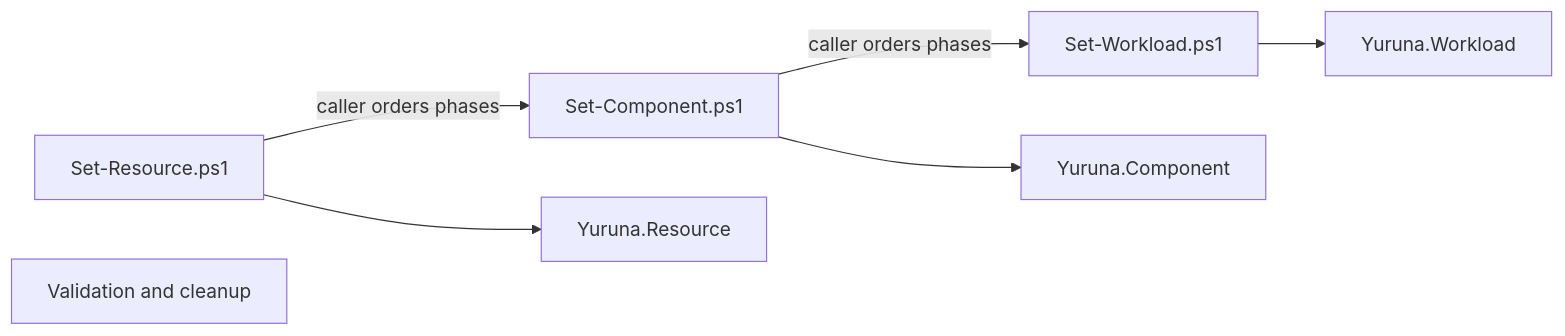
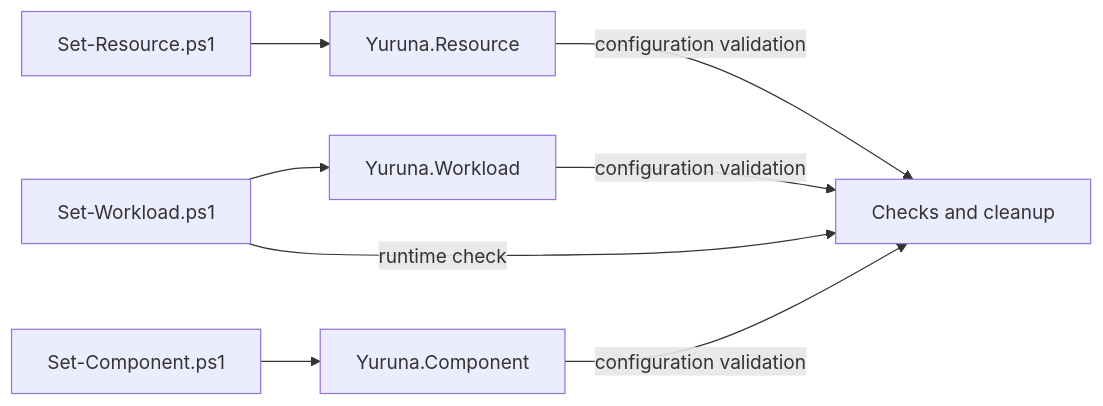
Before and after one commit to alissonsol/yuruna: the second of 7 diagrams in docs/design/02-component-breakdown.md, drawn with Mermaid. The commit also changed other lines of this file and 1371 other files, not shown here.

````diff
--- a/docs/design/02-component-breakdown.md
+++ b/docs/design/02-component-breakdown.md
@@ -49,15 +54,17 @@
 ```mermaid
 flowchart LR
     set-resource-ps1["Set-Resource.ps1"]
     set-component-ps1["Set-Component.ps1"]
     set-workload-ps1["Set-Workload.ps1"]
     yuruna-resource-psm1["Yuruna.Resource"]
     yuruna-component-psm1["Yuruna.Component"]
     yuruna-workload-psm1["Yuruna.Workload"]
-    test-configuration-ps1["Validation and cleanup"]
+    test-configuration-ps1["Checks and cleanup"]
     set-resource-ps1 --> yuruna-resource-psm1
     set-component-ps1 --> yuruna-component-psm1
     set-workload-ps1 --> yuruna-workload-psm1
-    set-resource-ps1 -->|caller orders phases| set-component-ps1
-    set-component-ps1 -->|caller orders phases| set-workload-ps1
+    set-workload-ps1 -->|runtime check| test-configuration-ps1
+    yuruna-resource-psm1 -->|configuration validation| test-configuration-ps1
+    yuruna-component-psm1 -->|configuration validation| test-configuration-ps1
+    yuruna-workload-psm1 -->|configuration validation| test-configuration-ps1
 ```
````
